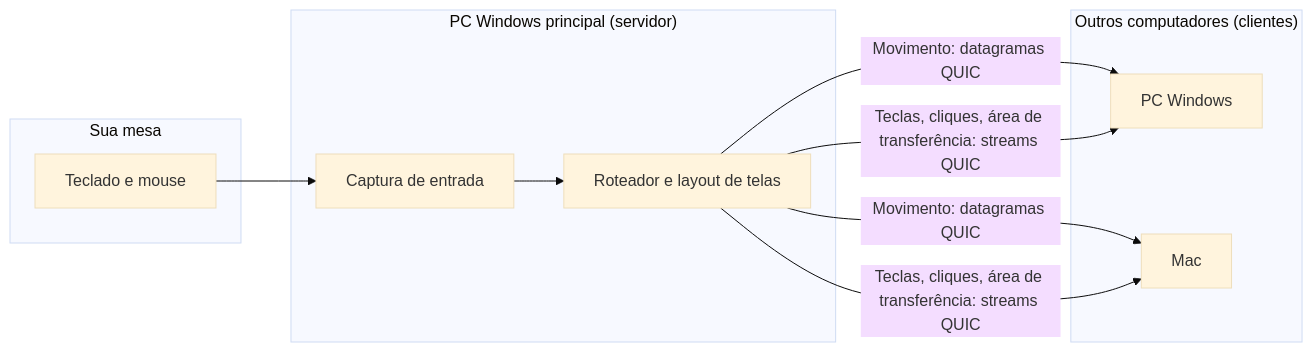
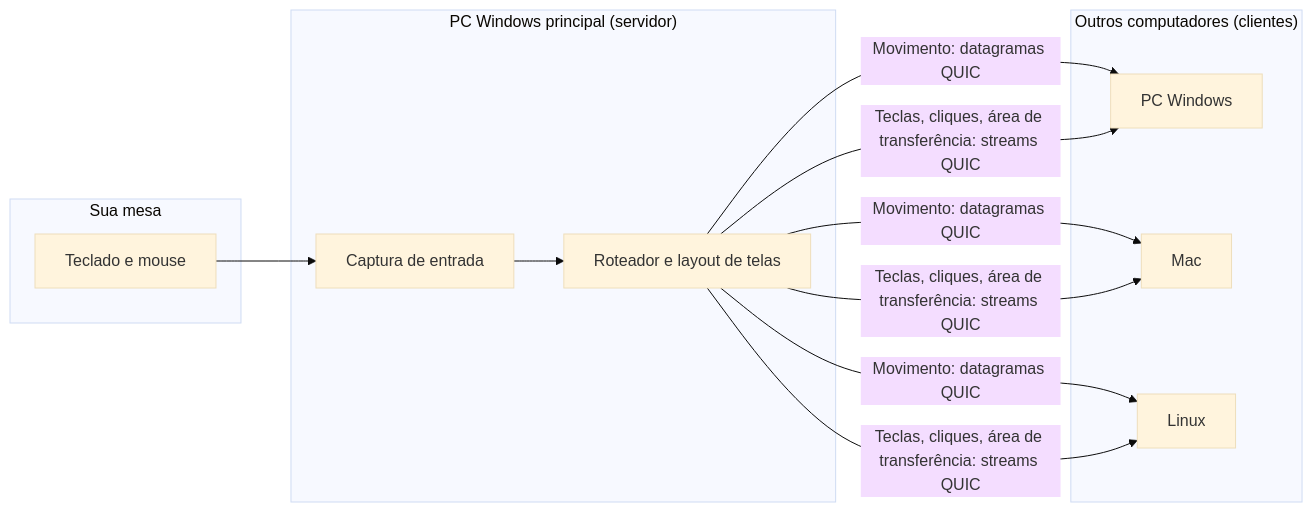
The diagram in README.pt-BR.md (actus7/mousex), drawn with Mermaid (base theme) before and after one commit. The commit also changed other lines of this file and 28 other files, not shown here.

````diff
--- a/README.pt-BR.md
+++ b/README.pt-BR.md
@@ -126,23 +142,26 @@
 ```mermaid
 flowchart LR
     subgraph Mesa["Sua mesa"]
         K[Teclado e mouse]
     end
 
     subgraph Servidor["PC Windows principal (servidor)"]
         H[Captura de entrada]
         R[Roteador e layout de telas]
         H --> R
     end
 
     subgraph Clientes["Outros computadores (clientes)"]
         W[PC Windows]
         M[Mac]
+        L[Linux]
     end
 
     K --> H
     R -- "Movimento: datagramas QUIC" --> W
     R -- "Teclas, cliques, área de transferência: streams QUIC" --> W
     R -- "Movimento: datagramas QUIC" --> M
     R -- "Teclas, cliques, área de transferência: streams QUIC" --> M
+    R -- "Movimento: datagramas QUIC" --> L
+    R -- "Teclas, cliques, área de transferência: streams QUIC" --> L
 ```
````
